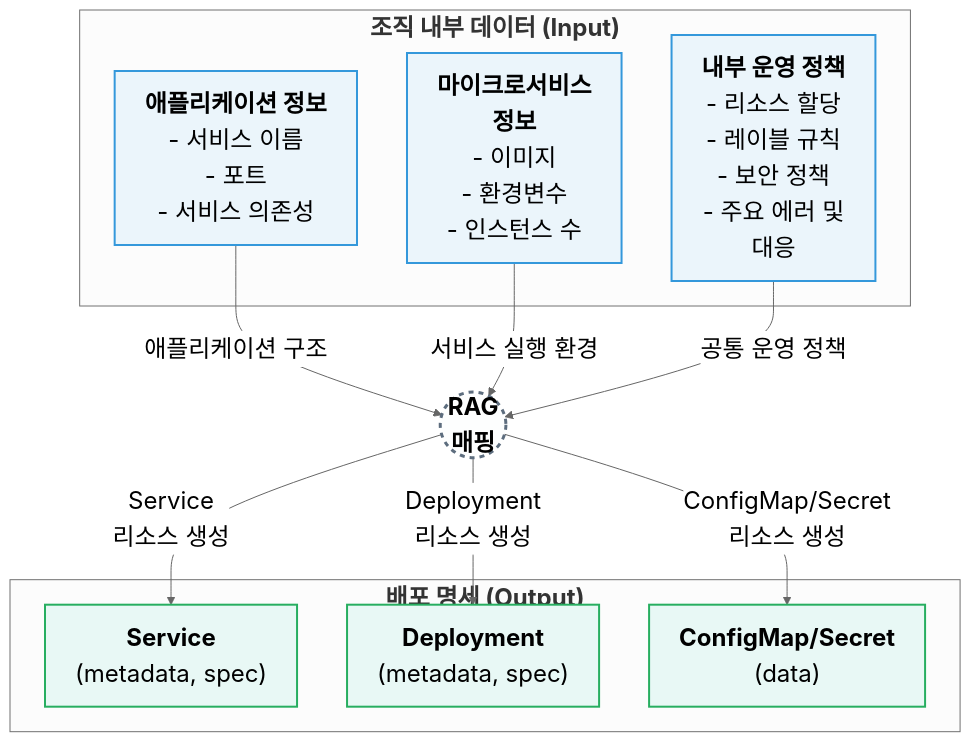
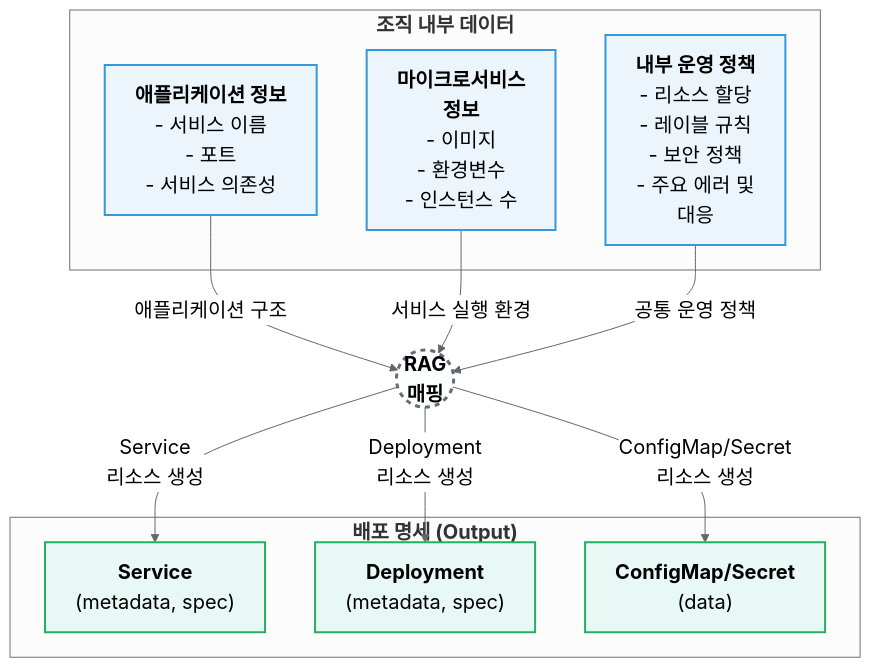
Before and after one commit to pnucse-capstone2025/Capstone-2025-team-14: the first of 5 diagrams in README.md, drawn with Mermaid. The commit also changed other lines of this file, not shown here.

Commit message:
feat(reame): update readme mermaid

````diff
--- a/README.md
+++ b/README.md
@@ -52,43 +66,43 @@
 ```mermaid
 ---
 config:
   theme: neutral
   layout: dagre
 ---
-graph TD%%{init: {'themeVariables': { 'fontSize': '24px' }}}%%
-    subgraph "<b>조직 내부 데이터 (Input)</b>"
+graph TD%%{init: {'themeVariables': { 'fontSize': '20px' }}}%%
+    subgraph "<b>조직 내부 데이터</b>"
         A["<b>애플리케이션 정보</b><br/>- 서비스 이름<br/>- 포트<br/>- 서비스 의존성"]
         B["<b>마이크로서비스<br>정보</b><br/>- 이미지<br/>- 환경변수<br/>- 인스턴스 수"]
         C["<b>내부 운영 정책</b><br/>- 리소스 할당<br/>- 레이블 규칙<br/>- 보안 정책 <br/>- 주요 에러 및<br>대응"]
     end
 
     Generator((<b>RAG<br/>매핑</b>))
 
     subgraph "<b>배포 명세 (Output)</b>"
         D["<b>Service</b><br/>(metadata, spec)"]
         E["<b>Deployment</b><br/>(metadata, spec)"]
         F["<b>ConfigMap/Secret</b><br/>(data)"]
     end
 
     A -- "애플리케이션 구조" --> Generator
     B -- "서비스 실행 환경" --> Generator
     C -- "공통 운영 정책" --> Generator
     
     Generator -- "Service<br>리소스 생성" --> D
     Generator -- "Deployment<br>리소스 생성" --> E
     Generator -- "ConfigMap/Secret<br>리소스 생성" --> F
 
     %% Style Definitions
     %% Inputs: Blue Theme
     style A fill:#EBF5FB,stroke:#3498DB,stroke-width:2px
     style B fill:#EBF5FB,stroke:#3498DB,stroke-width:2px
     style C fill:#EBF5FB,stroke:#3498DB,stroke-width:2px
     
     %% Processor: Neutral Theme
     style Generator fill:#FDFEFE,stroke:#5D6D7E,stroke-width:3px,stroke-dasharray: 5 5
     
     %% Outputs: Green Theme
     style D fill:#E8F8F5,stroke:#27AE60,stroke-width:2px
     style E fill:#E8F8F5,stroke:#27AE60,stroke-width:2px
     style F fill:#E8F8F5,stroke:#27AE60,stroke-width:2px
 ```
````
